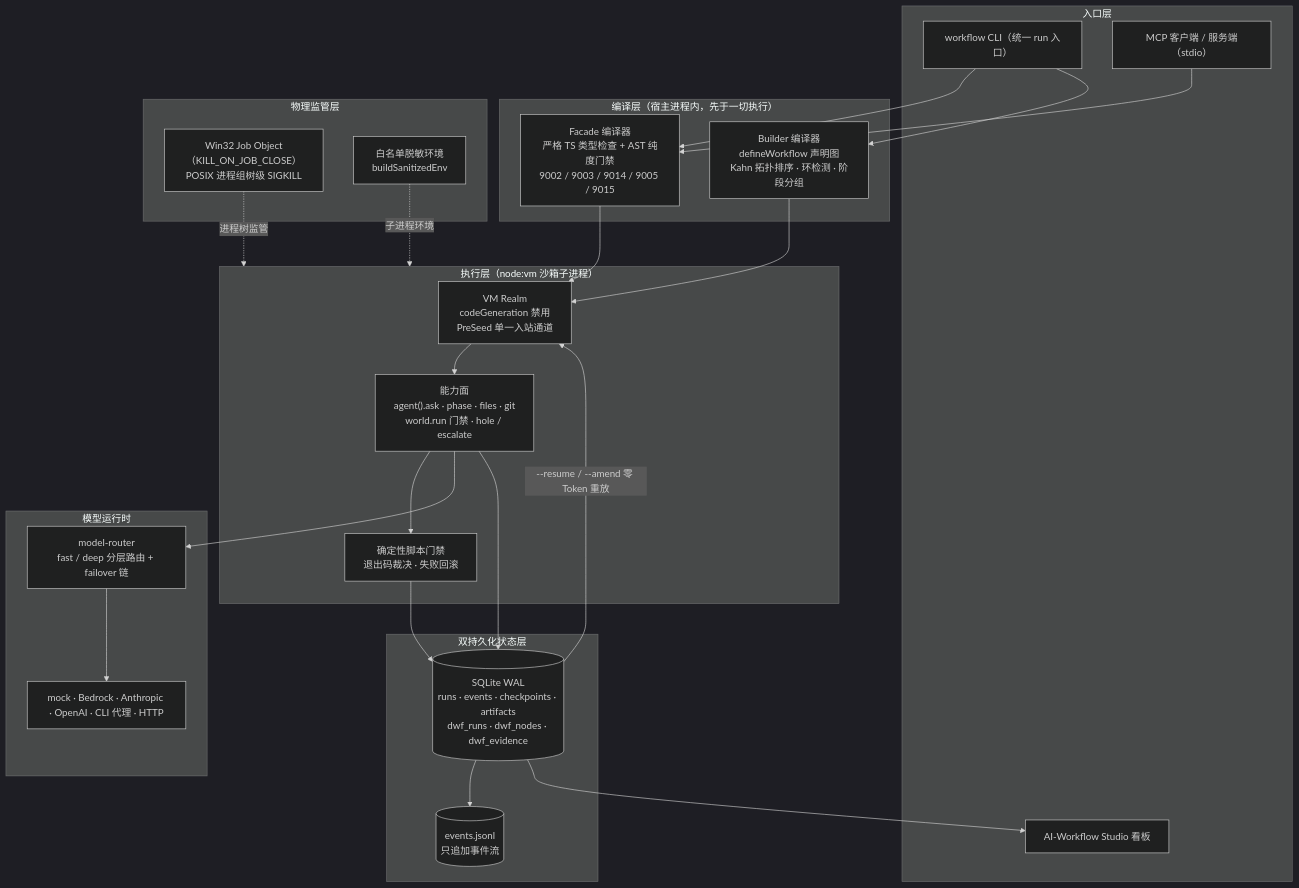
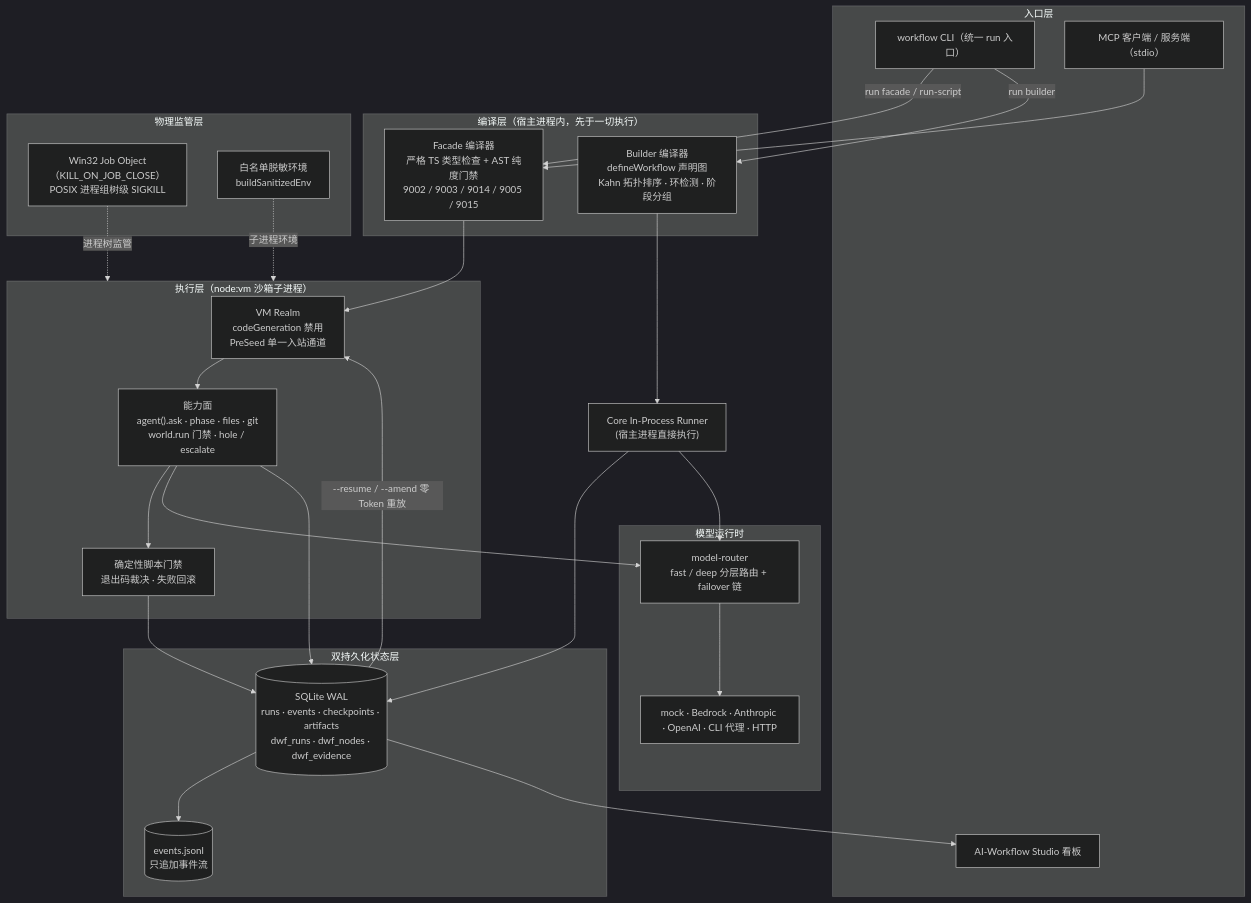
The diagram in docs/ARCHITECTURE.md (LitaoG/AI-workflow-competition), drawn with Mermaid (dark theme) before and after one commit. The commit also changed other lines of this file and 32 other files, not shown here.

````diff
--- a/docs/ARCHITECTURE.md
+++ b/docs/ARCHITECTURE.md
@@ -61,51 +61,53 @@
 ```mermaid
 flowchart TB
     subgraph ENTRY["入口层"]
         CLI["workflow CLI（统一 run 入口）"]
         MCPC["MCP 客户端 / 服务端（stdio）"]
         STUDIO["AI-Workflow Studio 看板"]
     end
 
     subgraph COMPILE["编译层（宿主进程内，先于一切执行）"]
         AST["Facade 编译器<br/>严格 TS 类型检查 + AST 纯度门禁<br/>9002 / 9003 / 9014 / 9005 / 9015"]
         KAHN["Builder 编译器<br/>defineWorkflow 声明图<br/>Kahn 拓扑排序 · 环检测 · 阶段分组"]
     end
 
     subgraph SANDBOX["执行层（node:vm 沙箱子进程）"]
         VM["VM Realm<br/>codeGeneration 禁用<br/>PreSeed 单一入站通道"]
         FACE["能力面<br/>agent().ask · phase · files · git<br/>world.run 门禁 · hole / escalate"]
         GATE["确定性脚本门禁<br/>退出码裁决 · 失败回滚"]
     end
 
     subgraph STATE["双持久化状态层"]
         SQLITE[("SQLite WAL<br/>runs · events · checkpoints · artifacts<br/>dwf_runs · dwf_nodes · dwf_evidence")]
         JSONL[("events.jsonl<br/>只追加事件流")]
     end
 
     subgraph SUPERVISE["物理监管层"]
         JOB["Win32 Job Object（KILL_ON_JOB_CLOSE）<br/>POSIX 进程组树级 SIGKILL"]
         ENV["白名单脱敏环境<br/>buildSanitizedEnv"]
     end
 
     subgraph RUNTIME["模型运行时"]
         ROUTER["model-router<br/>fast / deep 分层路由 + failover 链"]
         PROV["mock · Bedrock · Anthropic · OpenAI · CLI 代理 · HTTP"]
     end
 
-    CLI --> AST
-    CLI --> KAHN
+    CLI -- "run facade / run-script" --> AST
+    CLI -- "run builder" --> KAHN
     MCPC --> AST
     AST --> VM
-    KAHN --> VM
     VM --> FACE
+    KAHN --> CORE_RUNNER["Core In-Process Runner<br/>(宿主进程直接执行)"]
+    CORE_RUNNER --> SQLITE
+    CORE_RUNNER --> ROUTER
     FACE --> GATE
     FACE --> ROUTER
     ROUTER --> PROV
     JOB -.进程树监管.-> SANDBOX
     ENV -.子进程环境.-> SANDBOX
     FACE --> SQLITE
     GATE --> SQLITE
     SQLITE --> JSONL
     SQLITE --> STUDIO
     SQLITE -- "--resume / --amend 零 Token 重放" --> VM
 ```
````
